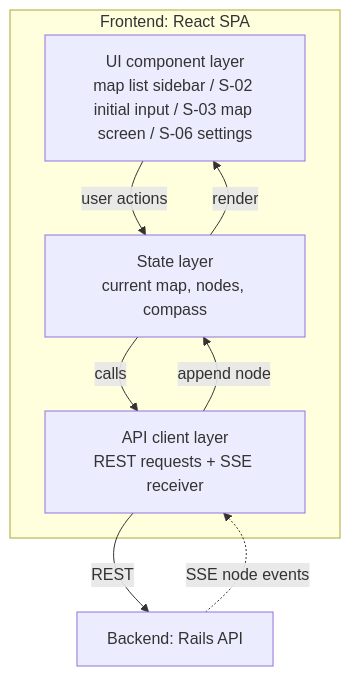
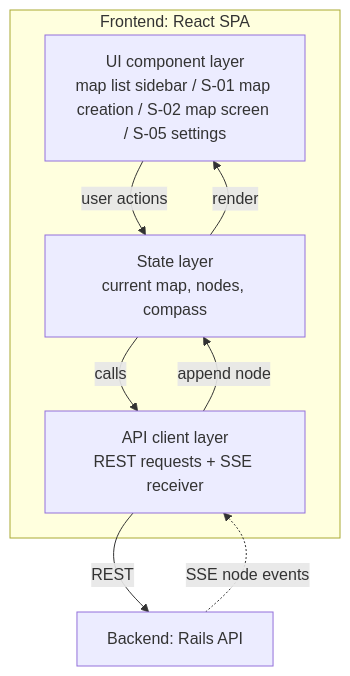
The first of 2 diagrams in .claude/rules/code/frontend.md (ryuma-1/Campass), drawn with Mermaid before and after one commit. The commit also changed other lines of this file and 8 other files, not shown here.

````diff
--- a/.claude/rules/code/frontend.md
+++ b/.claude/rules/code/frontend.md
@@ -7,16 +7,16 @@
 ```mermaid
 graph TD
     subgraph FE[Frontend: React SPA]
-        UI["UI component layer<br/>map list sidebar / S-02 initial input / S-03 map screen / S-06 settings"]
+        UI["UI component layer<br/>map list sidebar / S-01 map creation / S-02 map screen / S-05 settings"]
         State["State layer<br/>current map, nodes, compass"]
         API["API client layer<br/>REST requests + SSE receiver"]
     end
     BE[Backend: Rails API]
 
     UI -->|user actions| State
     State -->|render| UI
     State -->|calls| API
     API -->|REST| BE
     BE -.->|SSE node events| API
     API -->|append node| State
 ```
````
